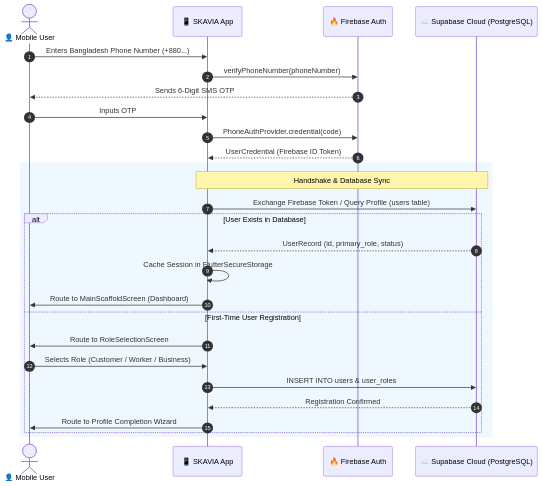
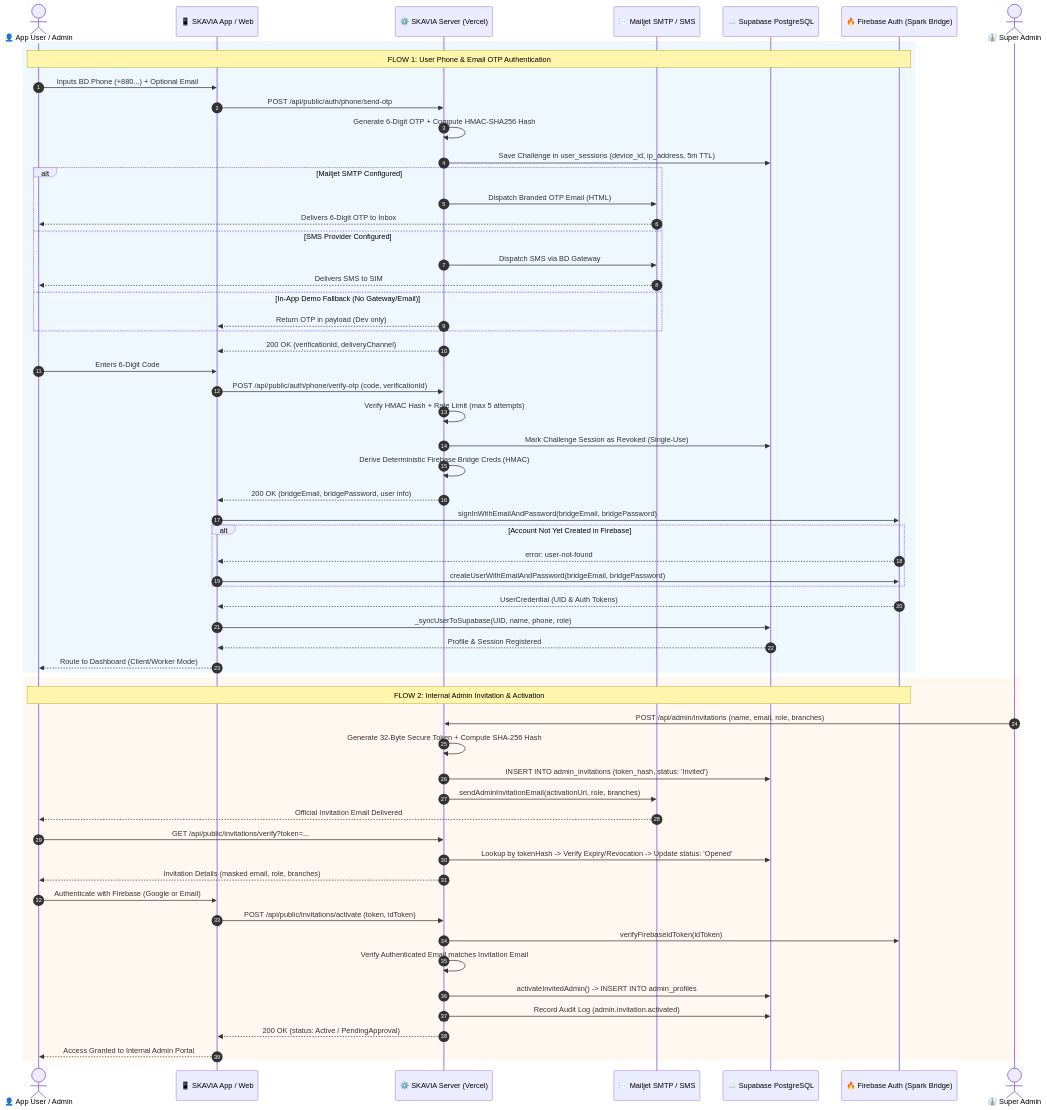
One commit to Ti838/SKAVIA changed the diagram in docs/architecture/authentication-flow.md. Above: the diagram before and after it, drawn with Mermaid. The commit also changed other lines of this file and 8 other files, not shown here.

First line of the commit message:
chore(cleanup): remove scratch test scripts and update all system documentation & diagrams

````diff
--- a/docs/architecture/authentication-flow.md
+++ b/docs/architecture/authentication-flow.md
@@ -7,31 +7,66 @@
 ```mermaid
 sequenceDiagram
     autonumber
-    actor User as 👤 Mobile User
-    participant Flutter as 📱 SKAVIA App
-    participant Firebase as 🔥 Firebase Auth
-    participant Supabase as ☁️ Supabase Cloud (PostgreSQL)
+    actor User as 👤 App User / Admin
+    participant Flutter as 📱 SKAVIA App / Web
+    participant ApiServer as ⚙️ SKAVIA Server (Vercel)
+    participant Mailjet as ✉️ Mailjet SMTP / SMS
+    participant Supabase as ☁️ Supabase PostgreSQL
+    participant Firebase as 🔥 Firebase Auth (Spark Bridge)
 
-    User->>Flutter: Enters Bangladesh Phone Number (+880...)
-    Flutter->>Firebase: verifyPhoneNumber(phoneNumber)
-    Firebase-->>User: Sends 6-Digit SMS OTP
-    User->>Flutter: Inputs OTP
-    Flutter->>Firebase: PhoneAuthProvider.credential(code)
-    Firebase-->>Flutter: UserCredential (Firebase ID Token)
+    %% Section 1: User Phone/Email OTP Authentication
+    rect rgb(240, 248, 255)
+        Note over User,Firebase: FLOW 1: User Phone & Email OTP Authentication
+        User->>Flutter: Inputs BD Phone (+880...) + Optional Email
+        Flutter->>ApiServer: POST /api/public/auth/phone/send-otp
+        ApiServer->>ApiServer: Generate 6-Digit OTP + Compute HMAC-SHA256 Hash
+        ApiServer->>Supabase: Save Challenge in user_sessions (device_id, ip_address, 5m TTL)
+        alt Mailjet SMTP Configured
+            ApiServer->>Mailjet: Dispatch Branded OTP Email (HTML)
+            Mailjet-->>User: Delivers 6-Digit OTP to Inbox
+        else SMS Provider Configured
+            ApiServer->>Mailjet: Dispatch SMS via BD Gateway
+            Mailjet-->>User: Delivers SMS to SIM
+        else In-App Demo Fallback (No Gateway/Email)
+            ApiServer-->>Flutter: Return OTP in payload (Dev only)
+        end
+        ApiServer-->>Flutter: 200 OK (verificationId, deliveryChannel)
+        User->>Flutter: Enters 6-Digit Code
+        Flutter->>ApiServer: POST /api/public/auth/phone/verify-otp (code, verificationId)
+        ApiServer->>ApiServer: Verify HMAC Hash + Rate Limit (max 5 attempts)
+        ApiServer->>Supabase: Mark Challenge Session as Revoked (Single-Use)
+        ApiServer->>ApiServer: Derive Deterministic Firebase Bridge Creds (HMAC)
+        ApiServer-->>Flutter: 200 OK (bridgeEmail, bridgePassword, user info)
+        Flutter->>Firebase: signInWithEmailAndPassword(bridgeEmail, bridgePassword)
+        alt Account Not Yet Created in Firebase
+            Firebase-->>Flutter: error: user-not-found
+            Flutter->>Firebase: createUserWithEmailAndPassword(bridgeEmail, bridgePassword)
+        end
+        Firebase-->>Flutter: UserCredential (UID & Auth Tokens)
+        Flutter->>Supabase: _syncUserToSupabase(UID, name, phone, role)
+        Supabase-->>Flutter: Profile & Session Registered
+        Flutter-->>User: Route to Dashboard (Client/Worker Mode)
+    end
 
-    rect rgb(240, 248, 255)
-        Note over Flutter,Supabase: Handshake & Database Sync
-        Flutter->>Supabase: Exchange Firebase Token / Query Profile (users table)
-        alt User Exists in Database
-            Supabase-->>Flutter: UserRecord (id, primary_role, status)
-            Flutter->>Flutter: Cache Session in FlutterSecureStorage
-            Flutter->>User: Route to MainScaffoldScreen (Dashboard)
-        else First-Time User Registration
-            Flutter->>User: Route to RoleSelectionScreen
-            User->>Flutter: Selects Role (Customer / Worker / Business)
-            Flutter->>Supabase: INSERT INTO users & user_roles
-            Supabase-->>Flutter: Registration Confirmed
-            Flutter->>User: Route to Profile Completion Wizard
-        end
+    %% Section 2: Admin One-Time Invitation & Activation
+    rect rgb(255, 248, 240)
+        Note over User,Firebase: FLOW 2: Internal Admin Invitation & Activation
+        actor SuperAdmin as 👔 Super Admin
+        SuperAdmin->>ApiServer: POST /api/admin/invitations (name, email, role, branches)
+        ApiServer->>ApiServer: Generate 32-Byte Secure Token + Compute SHA-256 Hash
+        ApiServer->>Supabase: INSERT INTO admin_invitations (token_hash, status: 'Invited')
+        ApiServer->>Mailjet: sendAdminInvitationEmail(activationUrl, role, branches)
+        Mailjet-->>User: Official Invitation Email Delivered
+        User->>ApiServer: GET /api/public/invitations/verify?token=...
+        ApiServer->>Supabase: Lookup by tokenHash -> Verify Expiry/Revocation -> Update status: 'Opened'
+        ApiServer-->>User: Invitation Details (masked email, role, branches)
+        User->>Flutter: Authenticate with Firebase (Google or Email)
+        Flutter->>ApiServer: POST /api/public/invitations/activate (token, idToken)
+        ApiServer->>Firebase: verifyFirebaseIdToken(idToken)
+        ApiServer->>ApiServer: Verify Authenticated Email matches Invitation Email
+        ApiServer->>Supabase: activateInvitedAdmin() -> INSERT INTO admin_profiles
+        ApiServer->>Supabase: Record Audit Log (admin.invitation.activated)
+        ApiServer-->>Flutter: 200 OK (status: Active / PendingApproval)
+        Flutter-->>User: Access Granted to Internal Admin Portal
     end
 ```
````
